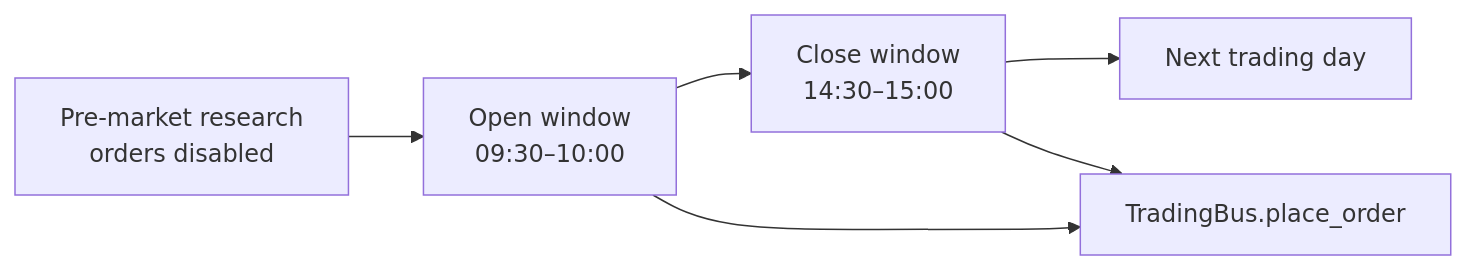
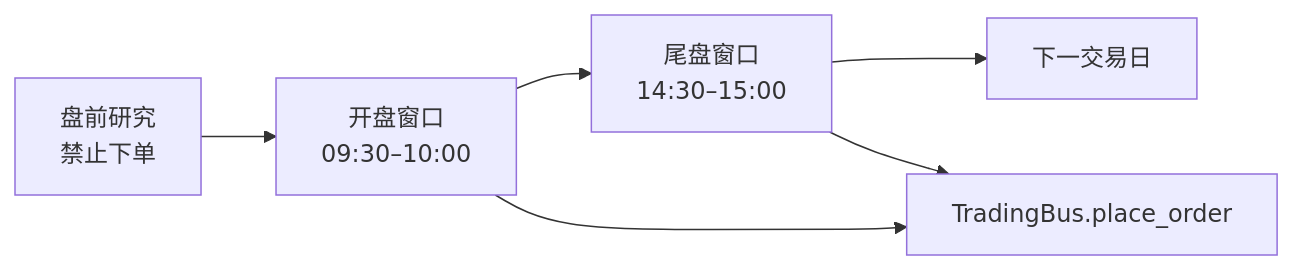
The diagram in docs/index.md (HephaestLab/TraderHarness), drawn with Mermaid before and after one commit. The commit also changed other lines of this file and 16 other files, not shown here.

````diff
--- a/docs/index.md
+++ b/docs/index.md
@@ -22,8 +28,8 @@
 ```mermaid
 flowchart LR
-    P[Pre-market research<br/>orders disabled] --> O[Open window<br/>09:30–10:00]
-    O --> C[Close window<br/>14:30–15:00]
-    C --> N[Next trading day]
+    P[盘前研究<br/>禁止下单] --> O[开盘窗口<br/>09:30–10:00]
+    O --> C[尾盘窗口<br/>14:30–15:00]
+    C --> N[下一交易日]
     O --> B[TradingBus.place_order]
     C --> B
 ```
````
